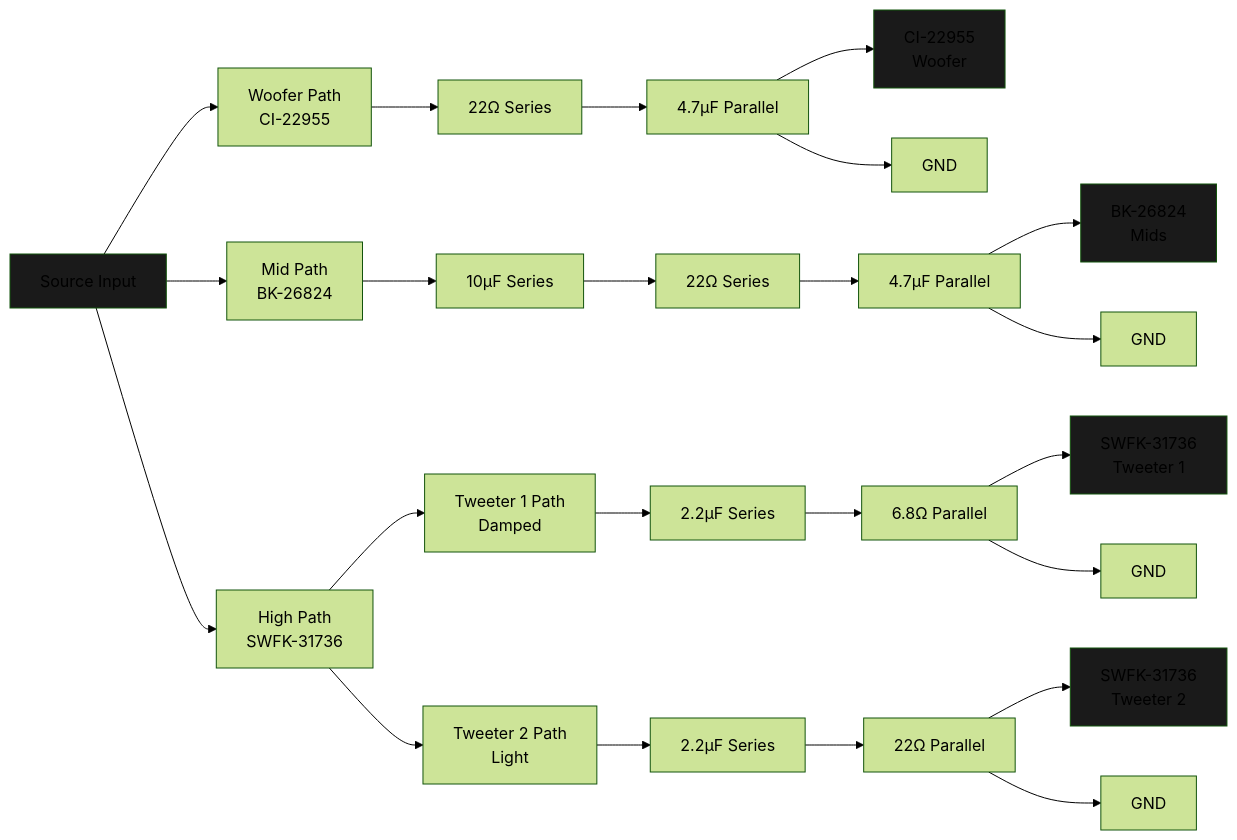
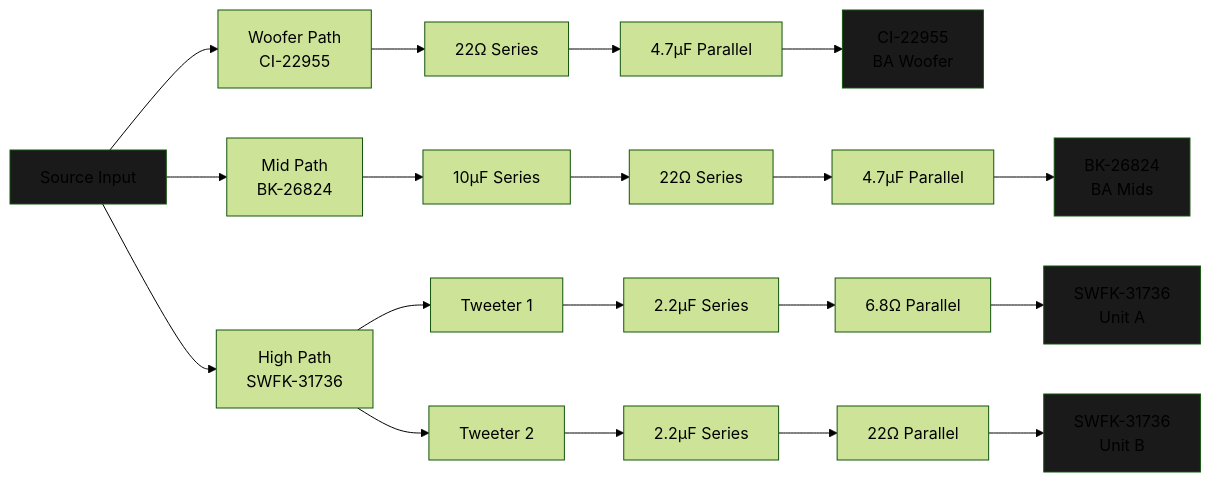
Before and after one commit to DriftingOtter/Project-Resonator: the diagram in README.md, drawn with Mermaid (forest theme). The commit also changed other lines of this file and 3 other files, not shown here.

````diff
--- a/README.md
+++ b/README.md
@@ -47,36 +66,32 @@
 ```mermaid
 graph LR
     Input[Source Input] --> Woofer_Path[Woofer Path<br/>CI-22955]
     Input --> Mid_Path[Mid Path<br/>BK-26824]
     Input --> High_Path[High Path<br/>SWFK-31736]
     
     Woofer_Path --> R1[22Ω Series]
     R1 --> C1[4.7µF Parallel]
-    C1 --> Woofer[CI-22955<br/>Woofer]
-    C1 --> GND1[GND]
+    C1 --> Woofer[CI-22955<br/>BA Woofer]
     
     Mid_Path --> C2[10µF Series]
     C2 --> R2[22Ω Series]
     R2 --> C3[4.7µF Parallel]
-    C3 --> Mids[BK-26824<br/>Mids]
-    C3 --> GND2[GND]
+    C3 --> Mids[BK-26824<br/>BA Mids]
     
-    High_Path --> T1_Path[Tweeter 1 Path<br/>Damped]
-    High_Path --> T2_Path[Tweeter 2 Path<br/>Light]
+    High_Path --> T1_Path[Tweeter 1]
+    High_Path --> T2_Path[Tweeter 2]
     
     T1_Path --> C4[2.2µF Series]
     C4 --> R3[6.8Ω Parallel]
-    R3 --> Tweeter1[SWFK-31736<br/>Tweeter 1]
-    R3 --> GND3[GND]
+    R3 --> Tweeter1[SWFK-31736<br/>Unit A]
     
     T2_Path --> C5[2.2µF Series]
     C5 --> R4[22Ω Parallel]
-    R4 --> Tweeter2[SWFK-31736<br/>Tweeter 2]
-    R4 --> GND4[GND]
+    R4 --> Tweeter2[SWFK-31736<br/>Unit B]
     
     style Woofer fill:#1a1a1a
     style Mids fill:#1a1a1a
     style Tweeter1 fill:#1a1a1a
     style Tweeter2 fill:#1a1a1a
     style Input fill:#1a1a1a
 ```
````
